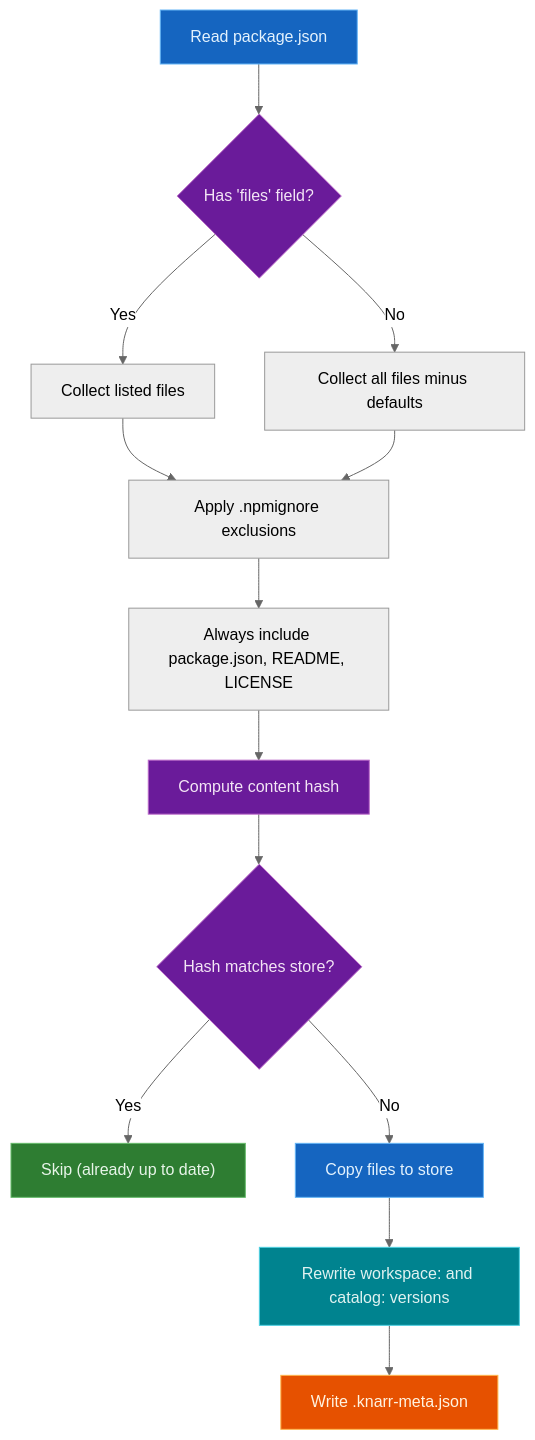
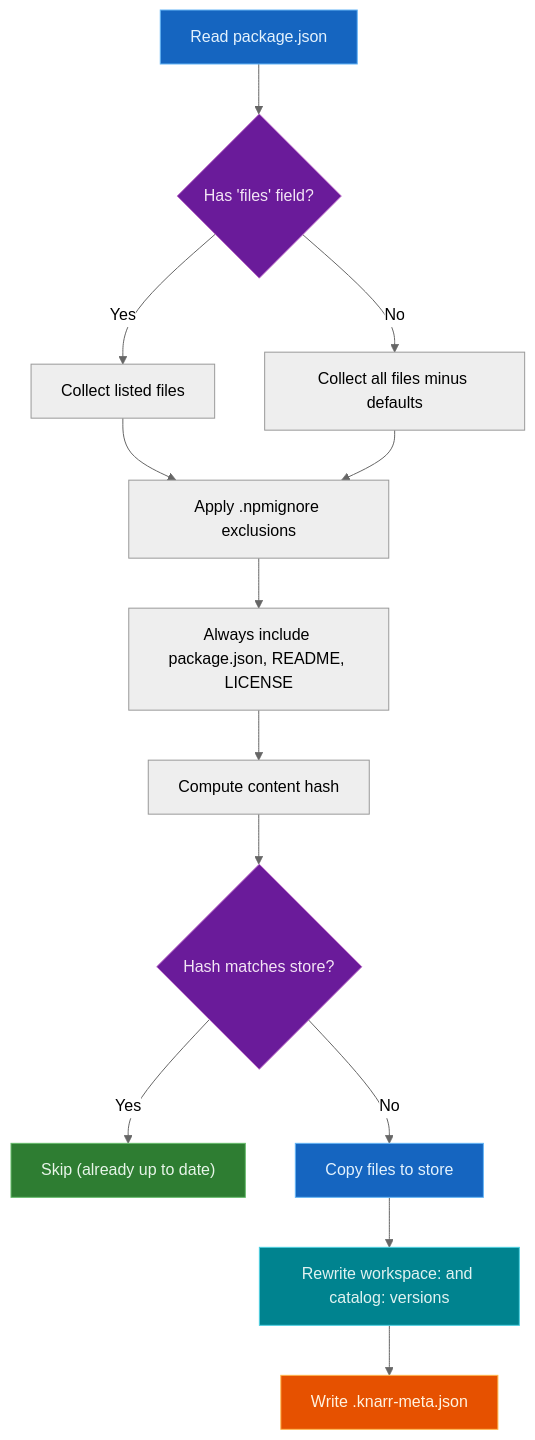
The second of 5 diagrams in docs/how-it-works.md (oleg-kuibar/knarr), drawn with Mermaid (neutral theme) before and after one commit. The commit also changed other lines of this file and 14 other files, not shown here.

````diff
--- a/docs/how-it-works.md
+++ b/docs/how-it-works.md
@@ -75,24 +75,23 @@
 ```mermaid
 flowchart TD
     A[Read package.json] --> B{Has 'files' field?}
     B -- Yes --> C[Collect listed files]
     B -- No --> D[Collect all files minus defaults]
     C --> E[Apply .npmignore exclusions]
     D --> E
     E --> F[Always include package.json, README, LICENSE]
     F --> G[Compute content hash]
     G --> H{Hash matches store?}
     H -- Yes --> I["Skip (already up to date)"]
     H -- No --> J[Copy files to store]
     J --> K[Rewrite workspace: and catalog: versions]
     K --> L[Write .knarr-meta.json]
 
     style A fill:#1565c0,stroke:#64b5f6,color:#e3f2fd
     style B fill:#6a1b9a,stroke:#ba68c8,color:#f3e5f5
-    style G fill:#6a1b9a,stroke:#ba68c8,color:#f3e5f5
     style H fill:#6a1b9a,stroke:#ba68c8,color:#f3e5f5
     style I fill:#2e7d32,stroke:#66bb6a,color:#e8f5e9
     style J fill:#1565c0,stroke:#64b5f6,color:#e3f2fd
     style K fill:#00838f,stroke:#4dd0e1,color:#e0f2f1
     style L fill:#e65100,stroke:#ffb74d,color:#fff3e0
 ```
````
